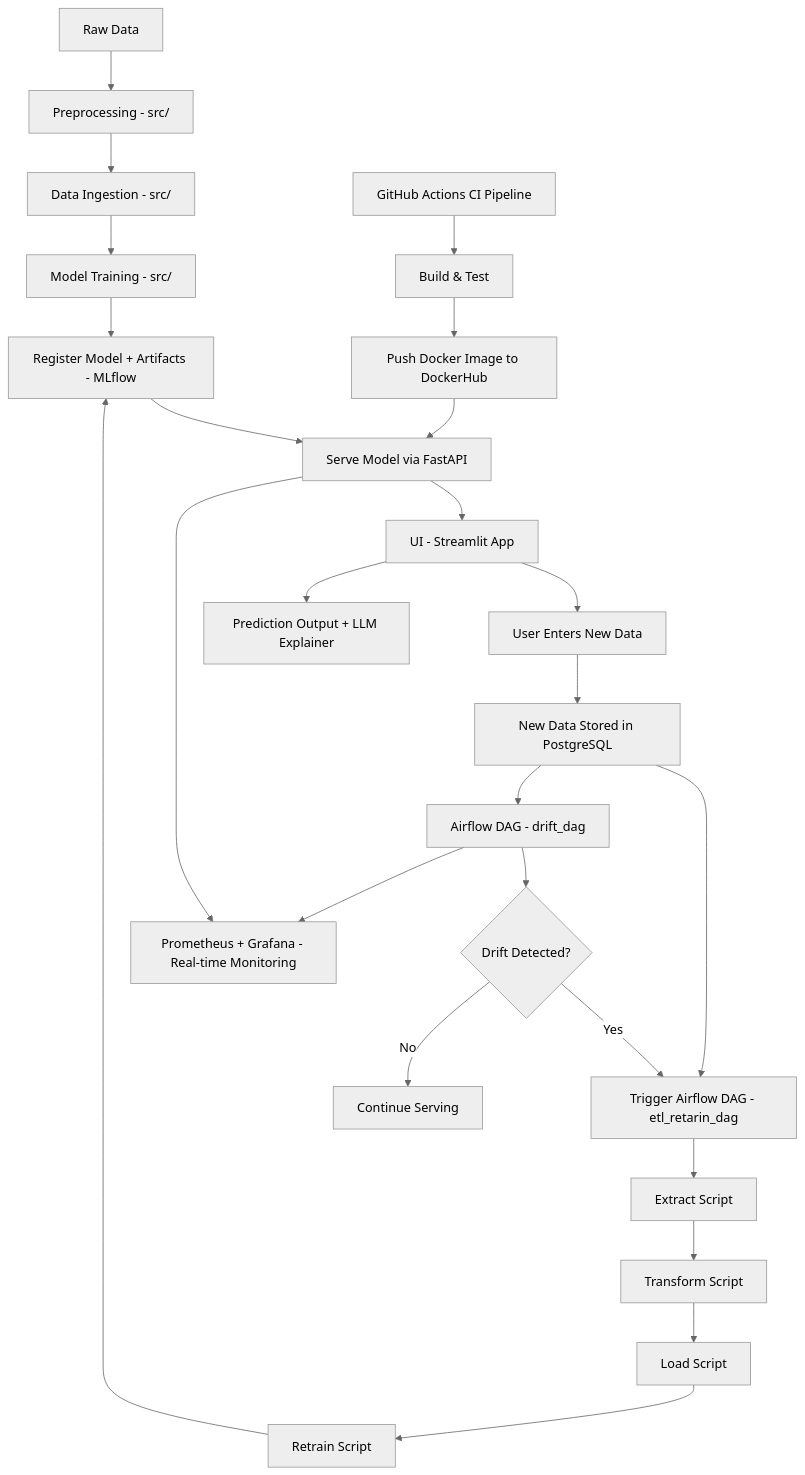
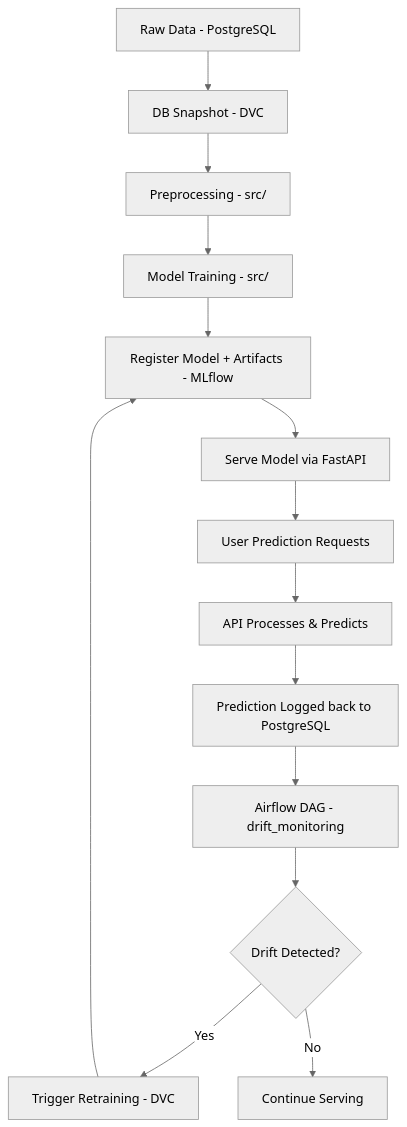
The diagram in README.md (abhi24112/Customer-Churn-Prediction-MLOps), drawn with Mermaid (neutral theme) before and after one commit. The commit also changed other lines of this file and 10 other files, not shown here.

Commit message:
feat: Implement FastAPI for customer churn prediction and add REST API endpoints refactor: Update environment variables and requirements for API integration chore: Remove unused main.py and related files docs: Enhance documentation with API usage and workflow details

````diff
--- a/README.md
+++ b/README.md
@@ -71,43 +72,21 @@
 ```mermaid
 graph TD
 
-A1[Raw Data] --> A2[Preprocessing - src/]
-A2 --> A3[Data Ingestion - src/]
+A1[Raw Data - PostgreSQL] --> A2[DB Snapshot - DVC]
+A2 --> A3[Preprocessing - src/]
 A3 --> A4[Model Training - src/]
 A4 --> A5[Register Model + Artifacts - MLflow]
 
 %% FastAPI Serving
 A5 --> B1[Serve Model via FastAPI]
+B1 --> B2[User Prediction Requests]
+B2 --> B3[API Processes & Predicts]
+B3 --> B4[Prediction Logged back to PostgreSQL]
 
-%% Streamlit Interaction
-B1 --> C1[UI - Streamlit App]
-C1 --> C2[User Enters New Data]
-C2 --> C3[New Data Stored in PostgreSQL]
-
-%% Airflow ETL + Retrain
-C3 --> D1[Trigger Airflow DAG - etl_retarin_dag]
-D1 --> D2[Extract Script]
-D2 --> D3[Transform Script]
-D3 --> D4[Load Script]
-D4 --> D5[Retrain Script]
-D5 --> A5
-
-%% Drift Detection DAG
-C3 --> E1[Airflow DAG - drift_dag]
+%% Airflow Monitoring & Retrain
+B4 --> E1[Airflow DAG - drift_monitoring]
 E1 --> E2{Drift Detected?}
-E2 -->|Yes| D1
+E2 -->|Yes| D1[Trigger Retraining - DVC]
 E2 -->|No| F1[Continue Serving]
-
-%% Monitoring Stack
-B1 --> G1[Prometheus + Grafana - Real-time Monitoring]
-E1 --> G1
-
-%% CI/CD Automation
-H1[GitHub Actions CI Pipeline]
-H1 --> H2[Build & Test]
-H2 --> H3[Push Docker Image to DockerHub]
-H3 --> B1
-
-%% Output + Explainability
-C1 --> I1[Prediction Output + LLM Explainer]
+D1 --> A5
 ```
````
